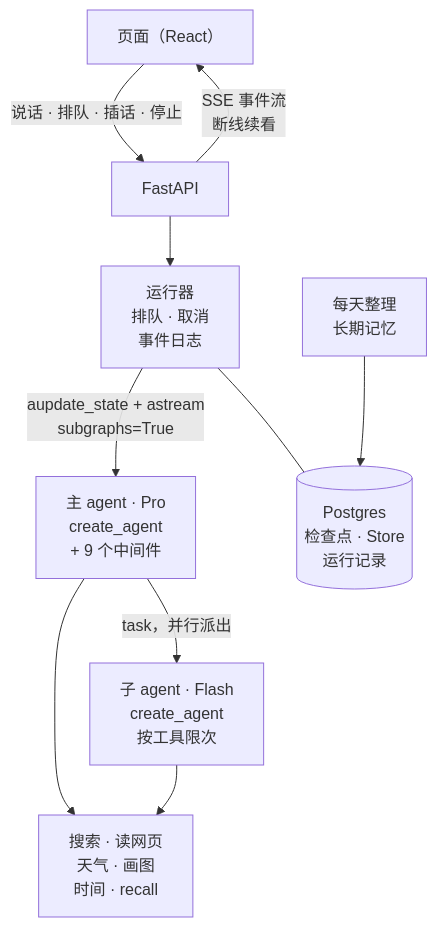
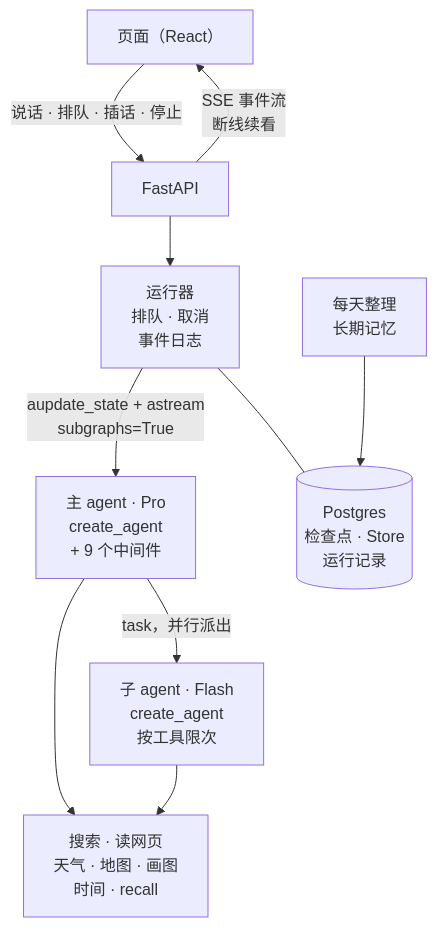
Before and after one commit to HyxiaoGe/LingDraft: the diagram in README.md, drawn with Mermaid. The commit also changed other lines of this file and 14 other files, not shown here.

First line of the commit message:
feat: 接上 agent-tools 的地图工具，查地点、比路线画成地点卡和路线卡

````diff
--- a/README.md
+++ b/README.md
@@ -11,12 +11,12 @@
 ```mermaid
 flowchart TB
     UI["页面（React）"] -- "说话 · 排队 · 插话 · 停止" --> API["FastAPI"]
     API -- "SSE 事件流<br/>断线续看" --> UI
     API --> Runner["运行器<br/>排队 · 取消<br/>事件日志"]
     Runner -- "aupdate_state + astream<br/>subgraphs=True" --> Main["主 agent · Pro<br/>create_agent<br/>+ 9 个中间件"]
     Main -- "task，并行派出" --> Sub["子 agent · Flash<br/>create_agent<br/>按工具限次"]
-    Main --> Tools["搜索 · 读网页<br/>天气 · 画图<br/>时间 · recall"]
+    Main --> Tools["搜索 · 读网页<br/>天气 · 地图 · 画图<br/>时间 · recall"]
     Sub --> Tools
     Runner --- PG[("Postgres<br/>检查点 · Store<br/>运行记录")]
     Dream["每天整理<br/>长期记忆"] --> PG
 ```
````
